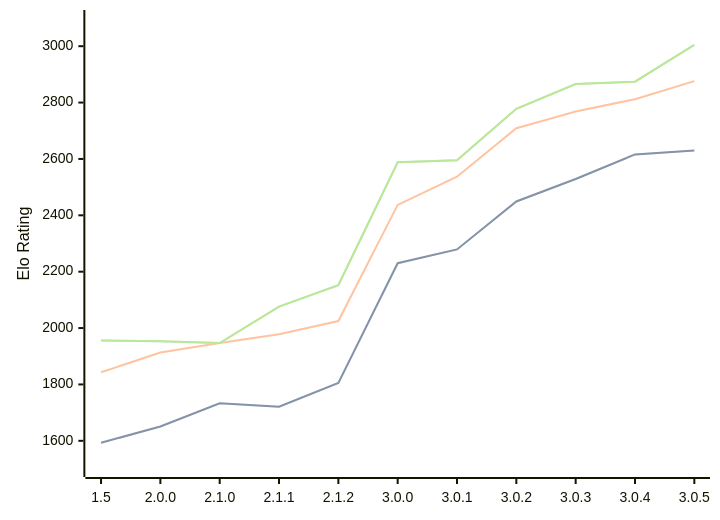
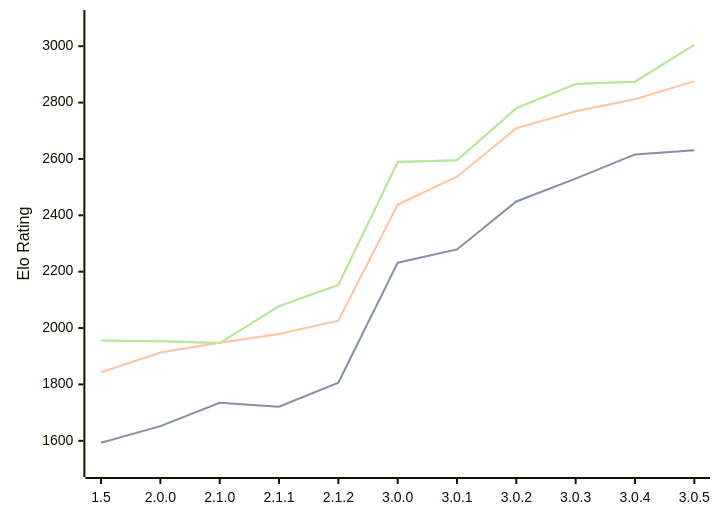
Before and after one commit to computer-chess-index/cci: the diagram in engines/Rudim.md, drawn with Mermaid. The commit also changed other lines of this file, not shown here.

Commit message:
Update CCI Ratings (ELO VLTC) - 2026-08-21

````diff
--- a/engines/Rudim.md
+++ b/engines/Rudim.md
@@ -45,11 +45,11 @@
 ```mermaid
 %%{init: {"theme":"base","themeVariables":{"seriesColors:['#a3a3a3','#222221','#faa371']}}}%%
 xychart-beta
   x-axis ["1.5", "2.0.0", "2.1.0", "2.1.1", "2.1.2", "3.0.0", "3.0.1", "3.0.2", "3.0.3", "3.0.4", "3.0.5"]
   y-axis "Elo Rating" 1500 --> 3100
-  line "STC (8.0+0.08s)" [1593, 1651, 1733, 1721, 1805, 2230, 2279, 2449, 2529, 2616, 2630]
-  line "STC (8.0+0.08s)" [1593, 1651, 1733, 1721, 1805, 2230, 2279, 2449, 2529, 2616, 2630]
-  line "LTC (60.0+0.60s)" [1843, 1913, 1947, 1978, 2025, 2437, 2537, 2709, 2768, 2812, 2876]
-  line "VLTC (2m24s+1.12s)" [1956, 1953, 1947, 2076, 2152, 2588, 2595, 2778, 2866, 2874, 3005]
-  line "VLTC (2m24s+1.12s)" [1956, 1953, 1947, 2076, 2152, 2588, 2595, 2778, 2866, 2874, 3005]
+  line "STC (8.0+0.08s)" [1593, 1652, 1735, 1721, 1806, 2232, 2279, 2449, 2530, 2616, 2631]
+  line "STC (8.0+0.08s)" [1593, 1652, 1735, 1721, 1806, 2232, 2279, 2449, 2530, 2616, 2631]
+  line "LTC (60.0+0.60s)" [1843, 1913, 1948, 1979, 2026, 2438, 2537, 2709, 2769, 2812, 2876]
+  line "VLTC (2m24s+1.12s)" [1956, 1953, 1947, 2078, 2153, 2589, 2595, 2780, 2866, 2874, 3005]
+  line "VLTC (2m24s+1.12s)" [1956, 1953, 1947, 2078, 2153, 2589, 2595, 2780, 2866, 2874, 3005]
 ```
````
